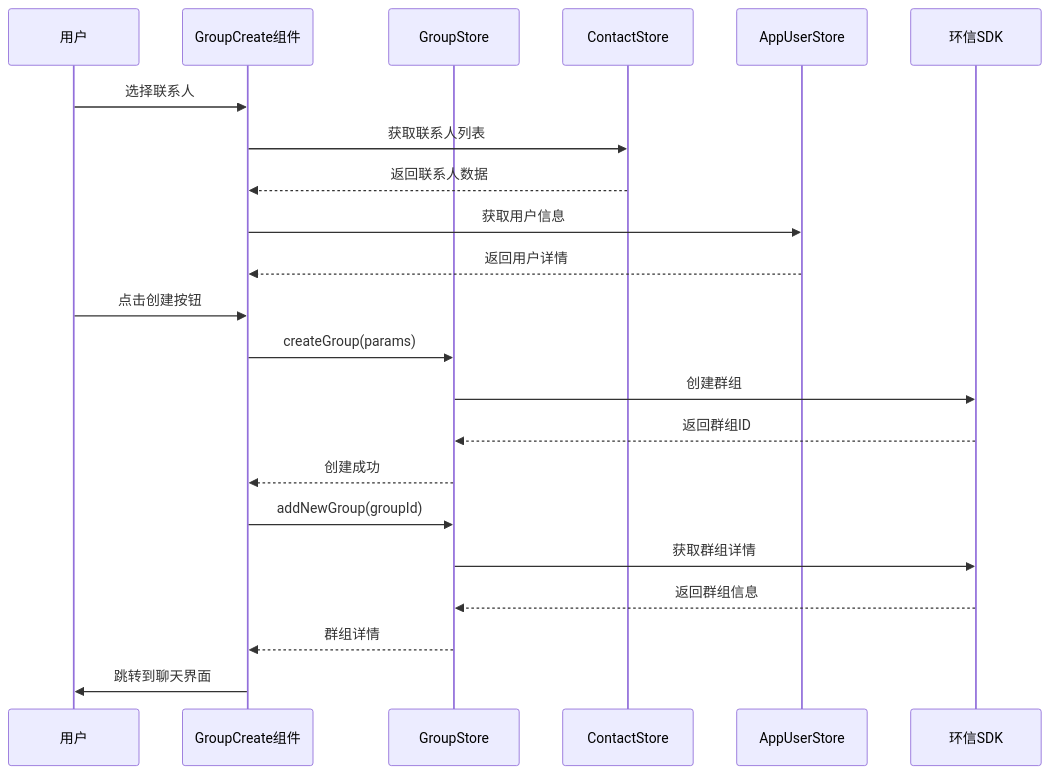
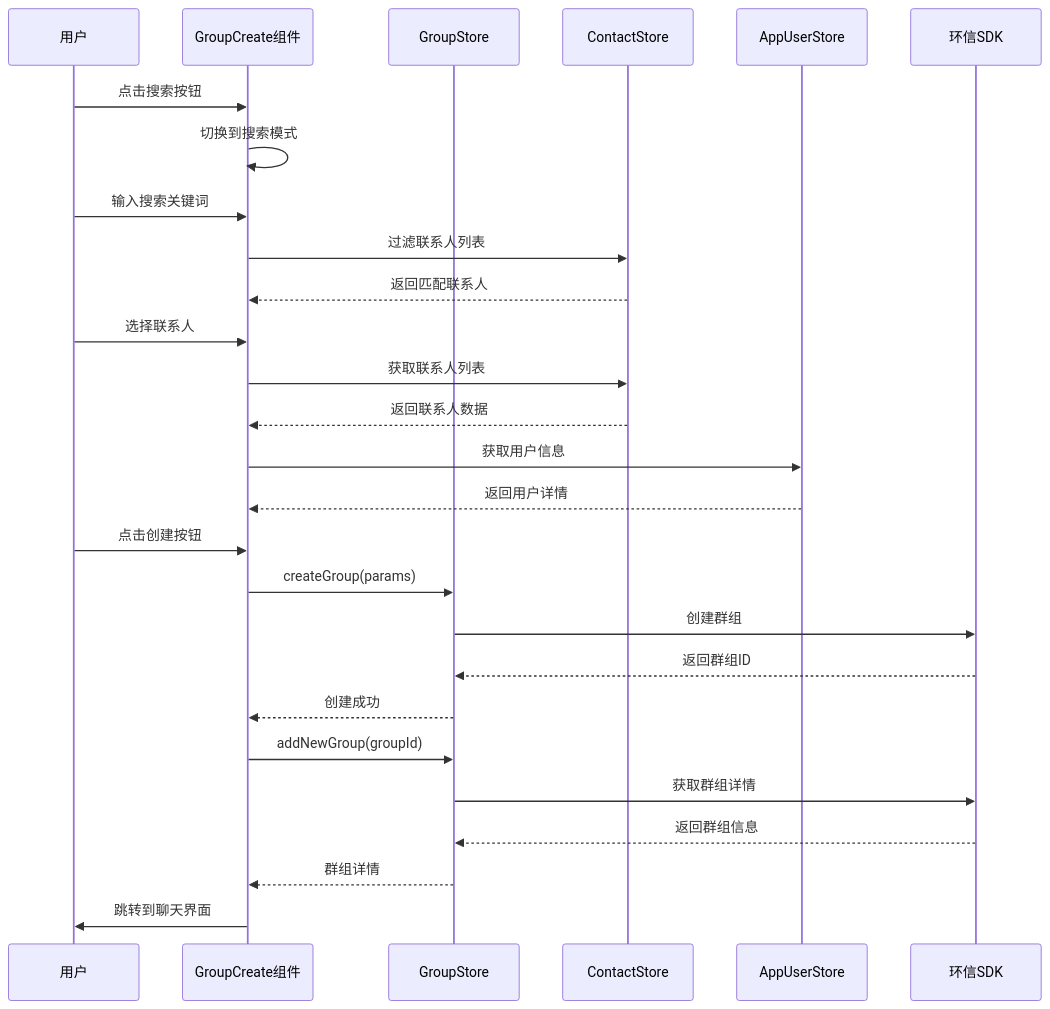
Before and after one commit to Easemob-Community/easemob-uikit-uniapp-community: the second of 9 diagrams in .qoder/repowiki/zh/content/群组模块/群组创建.md, drawn with Mermaid. The commit also changed other lines of this file and 46 other files, not shown here.

````diff
--- a/.qoder/repowiki/zh/content/群组模块/群组创建.md
+++ b/.qoder/repowiki/zh/content/群组模块/群组创建.md
@@ -100,24 +114,29 @@
 ```mermaid
 sequenceDiagram
 participant U as 用户
 participant GC as GroupCreate组件
 participant GS as GroupStore
 participant CS as ContactStore
 participant AS as AppUserStore
 participant SDK as 环信SDK
+U->>GC : 点击搜索按钮
+GC->>GC : 切换到搜索模式
+U->>GC : 输入搜索关键词
+GC->>CS : 过滤联系人列表
+CS-->>GC : 返回匹配联系人
 U->>GC : 选择联系人
 GC->>CS : 获取联系人列表
 CS-->>GC : 返回联系人数据
 GC->>AS : 获取用户信息
 AS-->>GC : 返回用户详情
 U->>GC : 点击创建按钮
 GC->>GS : createGroup(params)
 GS->>SDK : 创建群组
 SDK-->>GS : 返回群组ID
 GS-->>GC : 创建成功
 GC->>GS : addNewGroup(groupId)
 GS->>SDK : 获取群组详情
 SDK-->>GS : 返回群组信息
 GS-->>GC : 群组详情
 GC->>U : 跳转到聊天界面
 ```
````
